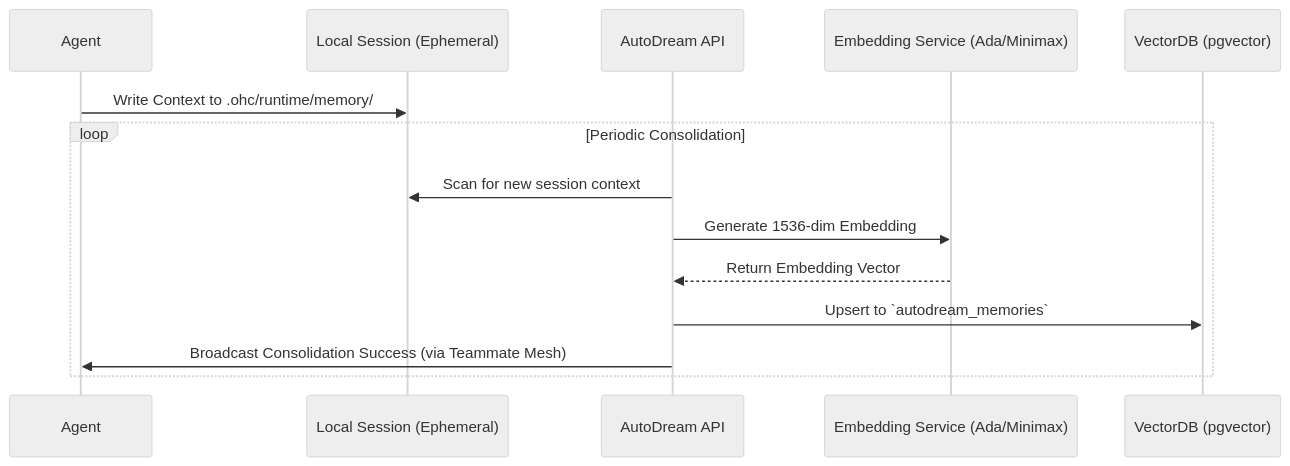
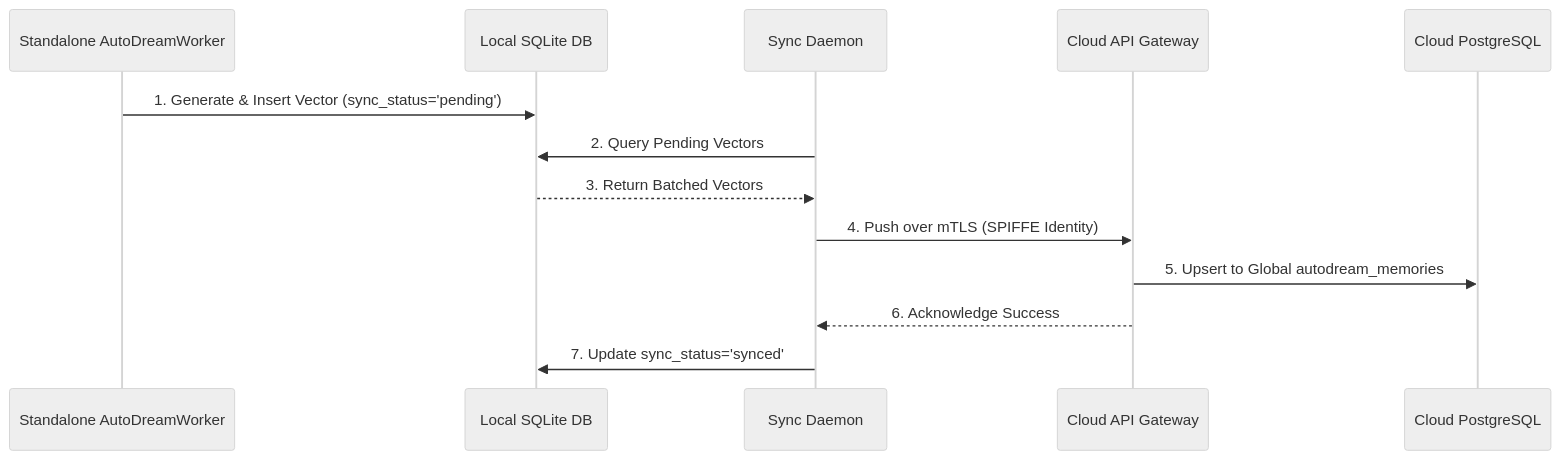
Before and after one commit to omnisolo-llc/onehumancorp: the second of 2 diagrams in docs/walkthroughs/kairos_autodream_walkthrough.md, drawn with Mermaid (neutral theme). The commit also changed other lines of this file and 2 other files, not shown here.

First line of the commit message:
docs: consolidate and enhance AutoDream CLI and pipeline guides

````diff
--- a/docs/walkthroughs/kairos_autodream_walkthrough.md
+++ b/docs/walkthroughs/kairos_autodream_walkthrough.md
@@ -11,17 +57,16 @@
 ```mermaid
 sequenceDiagram
-    participant Worker as Agent
-    participant FS as Local Session (Ephemeral)
-    participant AutoDream as AutoDream API
-    participant LLM as Embedding Service (Ada/Minimax)
-    participant DB as VectorDB (pgvector)
+    participant Worker as Standalone AutoDreamWorker
+    participant SQLite as Local SQLite DB
+    participant Sync as Sync Daemon
+    participant API as Cloud API Gateway
+    participant Postgres as Cloud PostgreSQL
 
-    Worker->>FS: Write Context to .ohc/runtime/memory/
-    loop Periodic Consolidation
-        AutoDream->>FS: Scan for new session context
-        AutoDream->>LLM: Generate 1536-dim Embedding
-        LLM-->>AutoDream: Return Embedding Vector
-        AutoDream->>DB: Upsert to `autodream_memories`
-        AutoDream->>Worker: Broadcast Consolidation Success (via Teammate Mesh)
-    end
+    Worker->>SQLite: 1. Generate & Insert Vector (sync_status='pending')
+    Sync->>SQLite: 2. Query Pending Vectors
+    SQLite-->>Sync: 3. Return Batched Vectors
+    Sync->>API: 4. Push over mTLS (SPIFFE Identity)
+    API->>Postgres: 5. Upsert to Global autodream_memories
+    API-->>Sync: 6. Acknowledge Success
+    Sync->>SQLite: 7. Update sync_status='synced'
 ```
````
